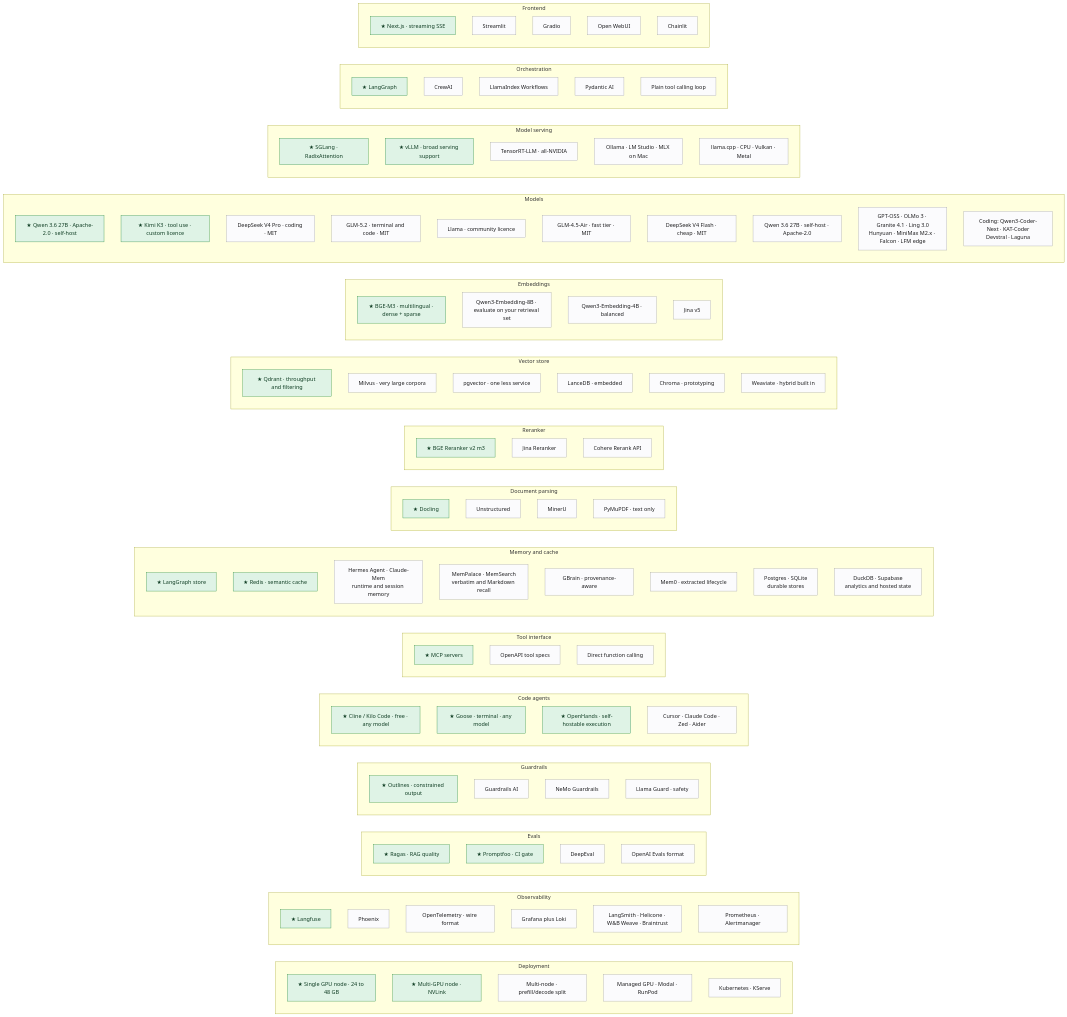
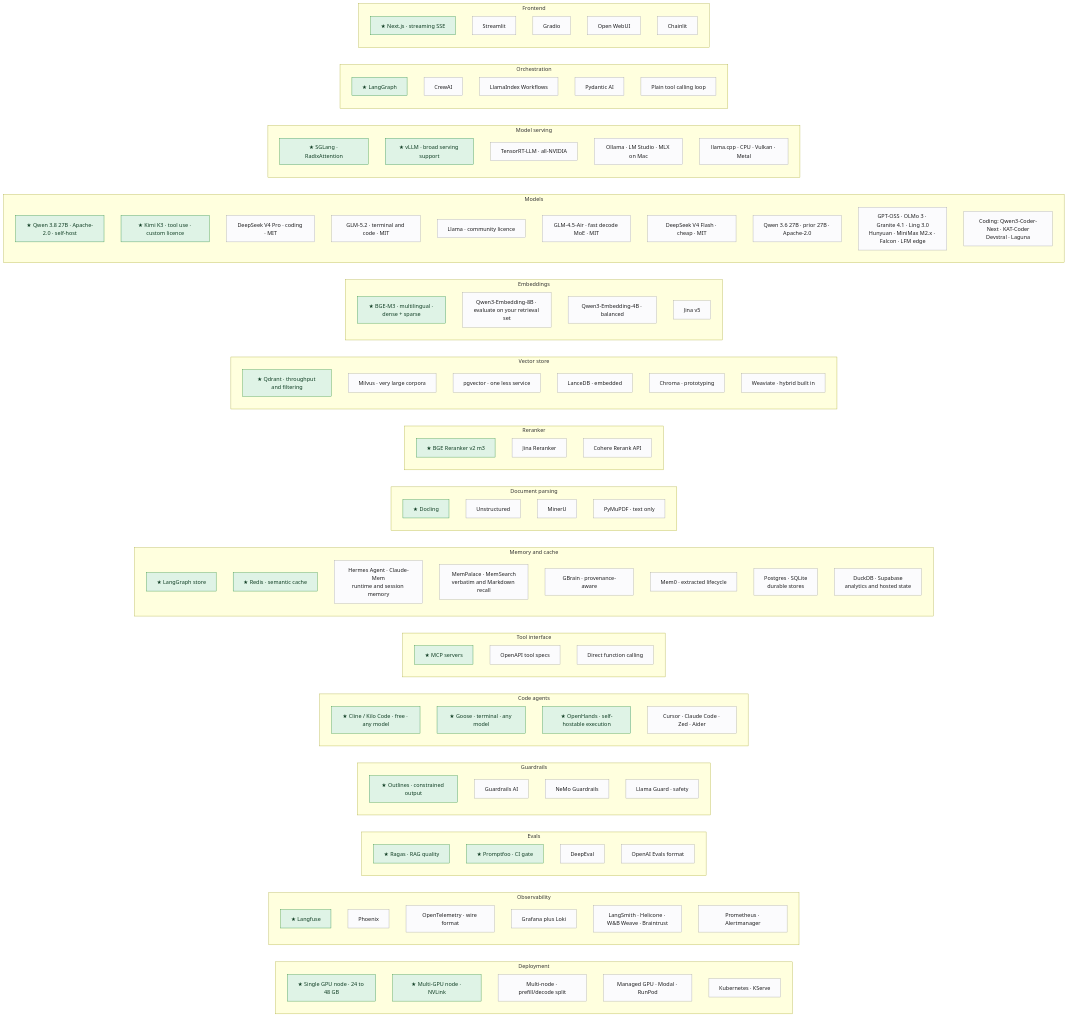
Before and after one commit to mlvpatel/open-weight-agent-stack: the diagram in diagrams/src/technology-catalogue.mmd, drawn with Mermaid. The commit also changed 56 other files, not shown here.

```diff
--- a/diagrams/src/technology-catalogue.mmd
+++ b/diagrams/src/technology-catalogue.mmd
@@ -1,113 +1,113 @@
 flowchart LR
     subgraph CAT_DP["Deployment"]
         DP1["★ Single GPU node · 24 to 48 GB"]
         DP2["★ Multi-GPU node · NVLink"]
         DP3["Multi-node · prefill/decode split"]
         DP4["Managed GPU · Modal · RunPod"]
         DP5["Kubernetes · KServe"]
     end
     subgraph CAT_OB["Observability"]
         OB1["★ Langfuse"]
         OB2["Phoenix"]
         OB3["OpenTelemetry · wire format"]
         OB4["Grafana plus Loki"]
         OB5["LangSmith · Helicone · W&B Weave · Braintrust"]
         OB6["Prometheus · Alertmanager"]
     end
     subgraph CAT_EV["Evals"]
         EV1["★ Ragas · RAG quality"]
         EV2["★ Promptfoo · CI gate"]
         EV3["DeepEval"]
         EV4["OpenAI Evals format"]
     end
     subgraph CAT_GR["Guardrails"]
         GR1["★ Outlines · constrained output"]
         GR2["Guardrails AI"]
         GR3["NeMo Guardrails"]
         GR4["Llama Guard · safety"]
     end
     subgraph CAT_CA["Code agents"]
         CA1["★ Cline / Kilo Code · free · any model"]
         CA2["★ Goose · terminal · any model"]
         CA3["★ OpenHands · self-hostable execution"]
         CA4["Cursor · Claude Code · Zed · Aider"]
     end
     subgraph CAT_TL["Tool interface"]
         TL1["★ MCP servers"]
         TL2["OpenAPI tool specs"]
         TL3["Direct function calling"]
     end
     subgraph CAT_ME["Memory and cache"]
         ME1["★ LangGraph store"]
         ME2["★ Redis · semantic cache"]
         ME3["Hermes Agent · Claude-Mem<br/>runtime and session memory"]
         ME4["MemPalace · MemSearch<br/>verbatim and Markdown recall"]
         ME5["GBrain · provenance-aware"]
         ME6["Mem0 · extracted lifecycle"]
         ME7["Postgres · SQLite<br/>durable stores"]
         ME8["DuckDB · Supabase<br/>analytics and hosted state"]
     end
     subgraph CAT_PA["Document parsing"]
         PA1["★ Docling"]
         PA2["Unstructured"]
         PA3["MinerU"]
         PA4["PyMuPDF · text only"]
     end
     subgraph CAT_RR["Reranker"]
         RR1["★ BGE Reranker v2 m3"]
         RR2["Jina Reranker"]
         RR3["Cohere Rerank API"]
     end
     subgraph CAT_VS["Vector store"]
         VS1["★ Qdrant · throughput and filtering"]
         VS2["Milvus · very large corpora"]
         VS3["pgvector · one less service"]
         VS4["LanceDB · embedded"]
         VS5["Chroma · prototyping"]
         VS6["Weaviate · hybrid built in"]
     end
     subgraph CAT_EM["Embeddings"]
         EM1["★ BGE-M3 · multilingual · dense + sparse"]
         EM2["Qwen3-Embedding-8B · evaluate on your retrieval set"]
         EM3["Qwen3-Embedding-4B · balanced"]
         EM4["Jina v5"]
     end
     subgraph CAT_MD["Models"]
-        MD1["★ Qwen 3.6 27B · Apache-2.0 · self-host"]
+        MD1["★ Qwen 3.8 27B · Apache-2.0 · self-host"]
         MD2["★ Kimi K3 · tool use · custom licence"]
         MD3["DeepSeek V4 Pro · coding · MIT"]
         MD4["GLM-5.2 · terminal and code · MIT"]
         MD5["Llama · community licence"]
-        MD6["GLM-4.5-Air · fast tier · MIT"]
+        MD6["GLM-4.5-Air · fast decode MoE · MIT"]
         MD7["DeepSeek V4 Flash · cheap · MIT"]
-        MD8["Qwen 3.6 27B · self-host · Apache-2.0"]
+        MD8["Qwen 3.6 27B · prior 27B · Apache-2.0"]
         MD9["GPT-OSS · OLMo 3 · Granite 4.1 · Ling 3.0<br/>Hunyuan · MiniMax M2.x · Falcon · LFM edge"]
         MD10["Coding: Qwen3-Coder-Next · KAT-Coder<br/>Devstral · Laguna"]
     end
     subgraph CAT_SV["Model serving"]
         SV1["★ SGLang · RadixAttention"]
         SV2["★ vLLM · broad serving support"]
         SV3["TensorRT-LLM · all-NVIDIA"]
         SV4["Ollama · LM Studio · MLX on Mac"]
         SV5["llama.cpp · CPU · Vulkan · Metal"]
     end
     subgraph CAT_OR["Orchestration"]
         OR1["★ LangGraph"]
         OR2["CrewAI"]
         OR3["LlamaIndex Workflows"]
         OR4["Pydantic AI"]
         OR5["Plain tool calling loop"]
     end
     subgraph CAT_FE["Frontend"]
         FE1["★ Next.js · streaming SSE"]
         FE2["Streamlit"]
         FE3["Gradio"]
         FE4["Open WebUI"]
         FE5["Chainlit"]
     end
 
     classDef pick fill:#dff3e6,stroke:#248a3d,color:#0f3d23
     classDef alt fill:#fbfbfd,stroke:#a1a1a6,color:#1d1d1f
 
     class FE1,OR1,SV1,SV2,MD1,MD2,EM1,VS1,RR1,PA1,ME1,ME2,TL1,CA1,CA2,CA3,GR1,EV1,EV2,OB1,DP1,DP2 pick
     class FE2,FE3,FE4,FE5,OR2,OR3,OR4,OR5,SV3,SV4,SV5,MD3,MD4,MD5,MD6,MD7,MD8,MD9,MD10,EM2,EM3,EM4,VS2,VS3,VS4,VS5,VS6,RR2,RR3,PA2,PA3,PA4,ME3,ME4,ME5,ME6,ME7,ME8,TL2,TL3,CA4,GR2,GR3,GR4,EV3,EV4,OB2,OB3,OB4,OB5,OB6,DP3,DP4,DP5 alt
```
